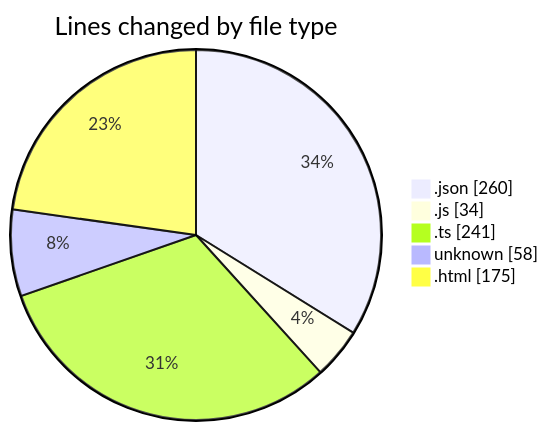
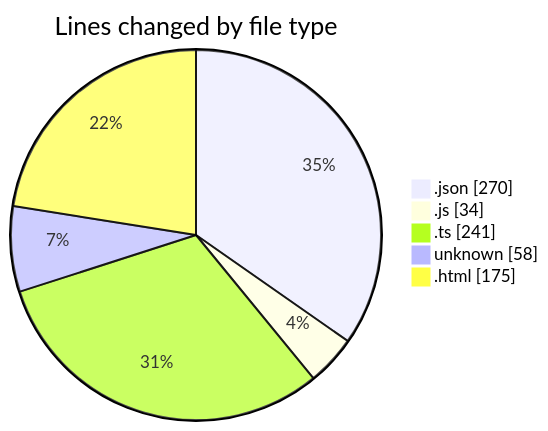
The first of 2 diagrams in 2025-05-12/news-clock-system-caspercg/README.md (momahboobian/code-tracking), drawn with Mermaid before and after one commit. The commit also changed other lines of this file and 1 other file, not shown here.

````diff
--- a/2025-05-12/news-clock-system-caspercg/README.md
+++ b/2025-05-12/news-clock-system-caspercg/README.md
@@ -32,9 +32,9 @@
 ```mermaid
 pie showData
 title Lines changed by file type
-".json" : 260
+".json" : 270
 ".js" : 34
 ".ts" : 241
 "unknown" : 58
 ".html" : 175
 ```
````
